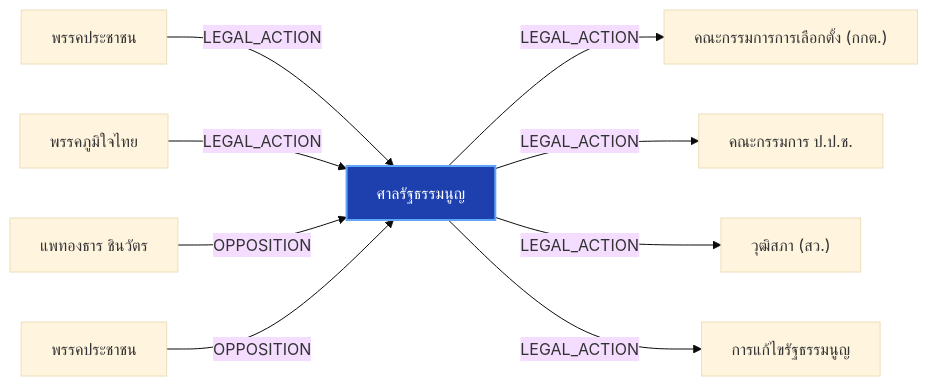
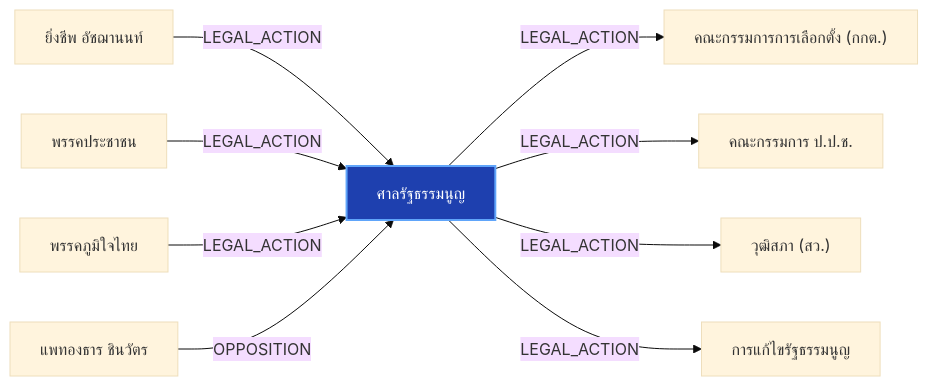
One commit to KanoonGammy/Political changed the diagram in wiki/entities/constitutional_court.md. Above: the diagram before and after it, drawn with Mermaid (base theme). The commit also changed other lines of this file and 36 other files, not shown here.

Commit message:
feat: add Senate collusion scandal graph (ฮั้ว สว.) with clear portrait photos and investigation evidence

````diff
--- a/wiki/entities/constitutional_court.md
+++ b/wiki/entities/constitutional_court.md
@@ -26,13 +26,13 @@
 ```mermaid
 flowchart LR
     curr["ศาลรัฐธรรมนูญ"]:::target
-    n0["พรรคประชาชน"] -- "LEGAL_ACTION" --> curr
-    n1["พรรคภูมิใจไทย"] -- "LEGAL_ACTION" --> curr
-    curr -- "LEGAL_ACTION" --> n2["คณะกรรมการการเลือกตั้ง (กกต.)"]
-    curr -- "LEGAL_ACTION" --> n3["คณะกรรมการ ป.ป.ช."]
-    curr -- "LEGAL_ACTION" --> n4["วุฒิสภา (สว.)"]
-    curr -- "LEGAL_ACTION" --> n5["การแก้ไขรัฐธรรมนูญ"]
-    n6["แพทองธาร ชินวัตร"] -- "OPPOSITION" --> curr
-    n7["พรรคประชาชน"] -- "OPPOSITION" --> curr
+    n0["ยิ่งชีพ อัชฌานนท์"] -- "LEGAL_ACTION" --> curr
+    n1["พรรคประชาชน"] -- "LEGAL_ACTION" --> curr
+    n2["พรรคภูมิใจไทย"] -- "LEGAL_ACTION" --> curr
+    curr -- "LEGAL_ACTION" --> n3["คณะกรรมการการเลือกตั้ง (กกต.)"]
+    curr -- "LEGAL_ACTION" --> n4["คณะกรรมการ ป.ป.ช."]
+    curr -- "LEGAL_ACTION" --> n5["วุฒิสภา (สว.)"]
+    curr -- "LEGAL_ACTION" --> n6["การแก้ไขรัฐธรรมนูญ"]
+    n7["แพทองธาร ชินวัตร"] -- "OPPOSITION" --> curr
     classDef target fill:#1e40af,stroke:#60a5fa,stroke-width:2px,color:#ffffff;
 ```
````
